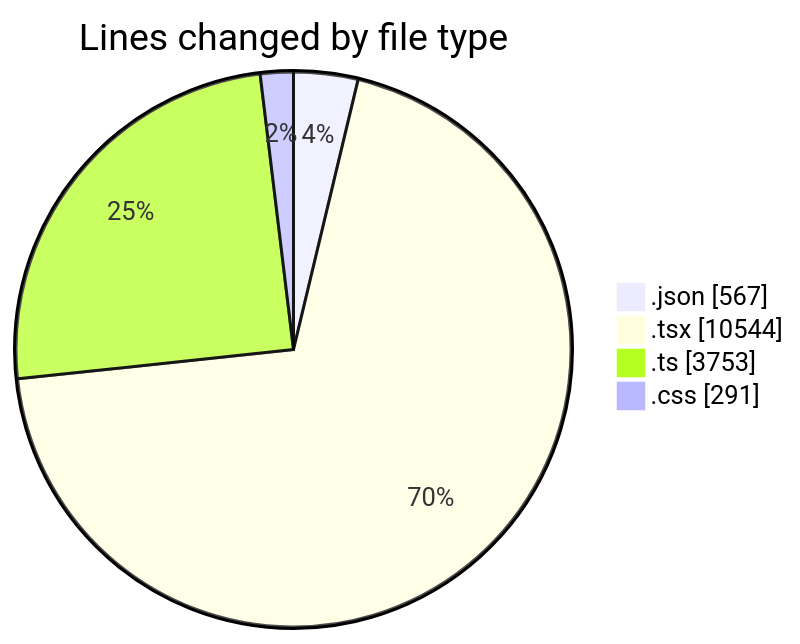
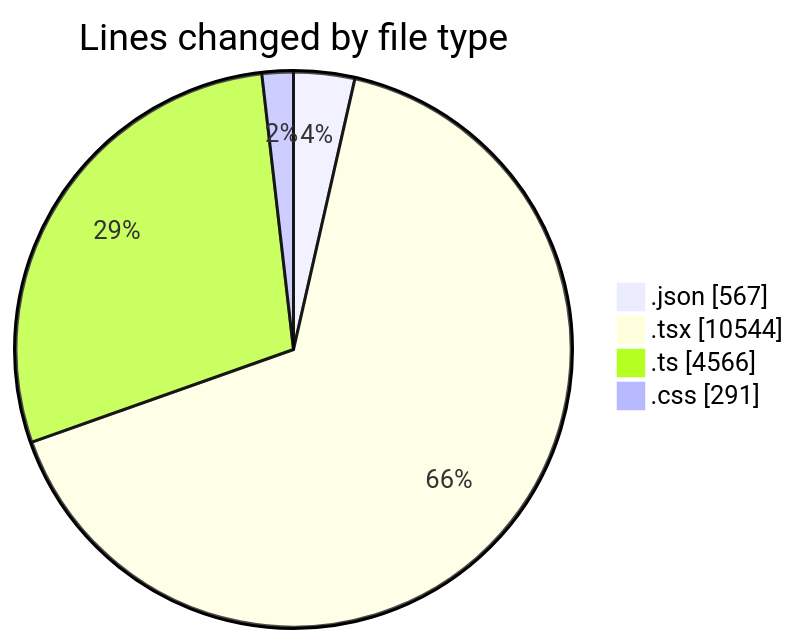
One commit to julien-gomy/code-tracking changed the first of 2 diagrams in 2025-10-07/eventscop-frontend-guide__workspace_/README.md. Above: the diagram before and after it, drawn with Mermaid. The commit also changed other lines of this file and 1 other file, not shown here.

````diff
--- a/2025-10-07/eventscop-frontend-guide__workspace_/README.md
+++ b/2025-10-07/eventscop-frontend-guide__workspace_/README.md
@@ -94,8 +94,8 @@
 ```mermaid
 pie showData
 title Lines changed by file type
 ".json" : 567
 ".tsx" : 10544
-".ts" : 3753
+".ts" : 4566
 ".css" : 291
 ```
````
